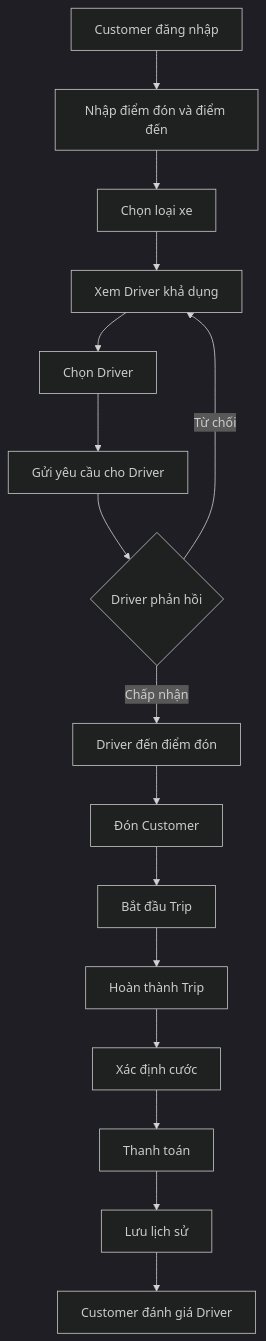
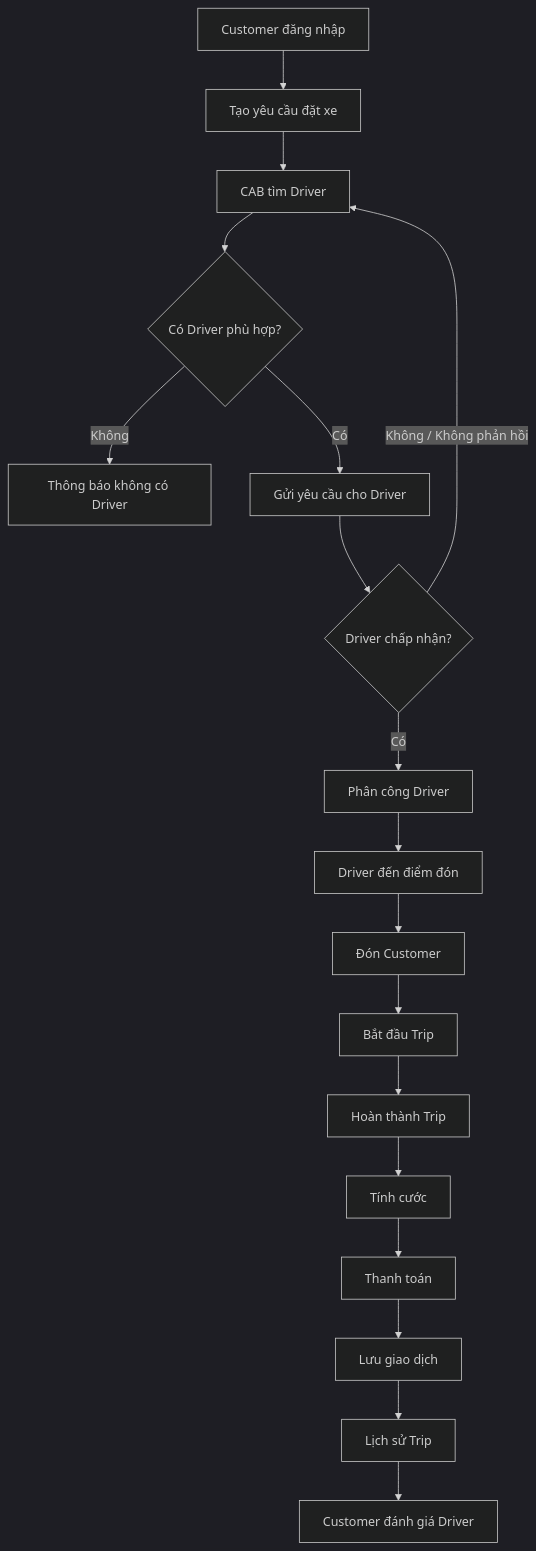
Before and after one commit to ntthuyvy0205-source/23662281_NguyenThiThuyVy_CABSYSTEM: the second of 9 diagrams in SRS.md, drawn with Mermaid (dark theme). The commit also changed other lines of this file, not shown here.

````diff
--- a/SRS.md
+++ b/SRS.md
@@ -188,21 +472,27 @@
 ```mermaid
 flowchart TD
-    A[Customer đăng nhập] --> B[Nhập điểm đón và điểm đến]
-    B --> C[Chọn loại xe]
-    C --> D[Xem Driver khả dụng]
-    D --> E[Chọn Driver]
-    E --> F[Gửi yêu cầu cho Driver]
+    A["Customer đăng nhập"] --> B["Tạo yêu cầu đặt xe"]
+    B --> C["CAB tìm Driver"]
 
-    F --> G{Driver phản hồi}
+    C --> D{"Có Driver phù hợp?"}
 
-    G -->|Từ chối| D
-    G -->|Chấp nhận| H[Driver đến điểm đón]
+    D -- "Không" --> E["Thông báo không có Driver"]
+    D -- "Có" --> F["Gửi yêu cầu cho Driver"]
 
-    H --> I[Đón Customer]
-    I --> J[Bắt đầu Trip]
-    J --> K[Hoàn thành Trip]
-    K --> L[Xác định cước]
-    L --> M[Thanh toán]
-    M --> N[Lưu lịch sử]
-    N --> O[Customer đánh giá Driver]
+    F --> G{"Driver chấp nhận?"}
+
+    G -- "Không / Không phản hồi" --> C
+    G -- "Có" --> H["Phân công Driver"]
+
+    H --> I["Driver đến điểm đón"]
+    I --> J["Đón Customer"]
+    J --> K["Bắt đầu Trip"]
+    K --> L["Hoàn thành Trip"]
+
+    L --> M["Tính cước"]
+    M --> N["Thanh toán"]
+
+    N --> O["Lưu giao dịch"]
+    O --> P["Lịch sử Trip"]
+    P --> Q["Customer đánh giá Driver"]
 ```
````
